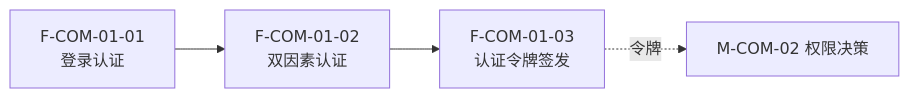
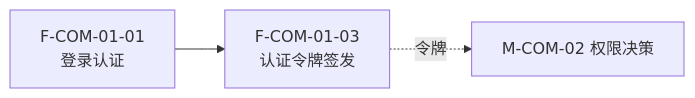
Before and after one commit to Sj-g/obsidian: diagram 45 of 49 in 公司项目/认知作战/文档/软件概要设计-架构图.md, drawn with Mermaid. The commit also changed other lines of this file and 2 other files, not shown here.

````diff
--- a/公司项目/认知作战/文档/软件概要设计-架构图.md
+++ b/公司项目/认知作战/文档/软件概要设计-架构图.md
@@ -853,9 +853,8 @@
 ```mermaid
 flowchart LR
     F0101["F-COM-01-01<br/>登录认证"]
-    F0102["F-COM-01-02<br/>双因素认证"]
     F0103["F-COM-01-03<br/>认证令牌签发"]
 
-    F0101 --> F0102 --> F0103
+    F0101 --> F0103
     F0103 -.->|"令牌"| EXT["M-COM-02 权限决策"]
 ```
````
